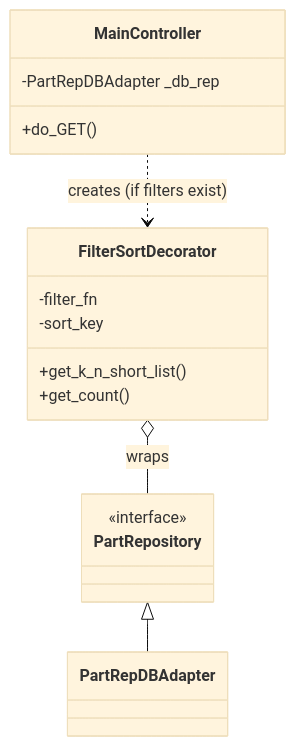
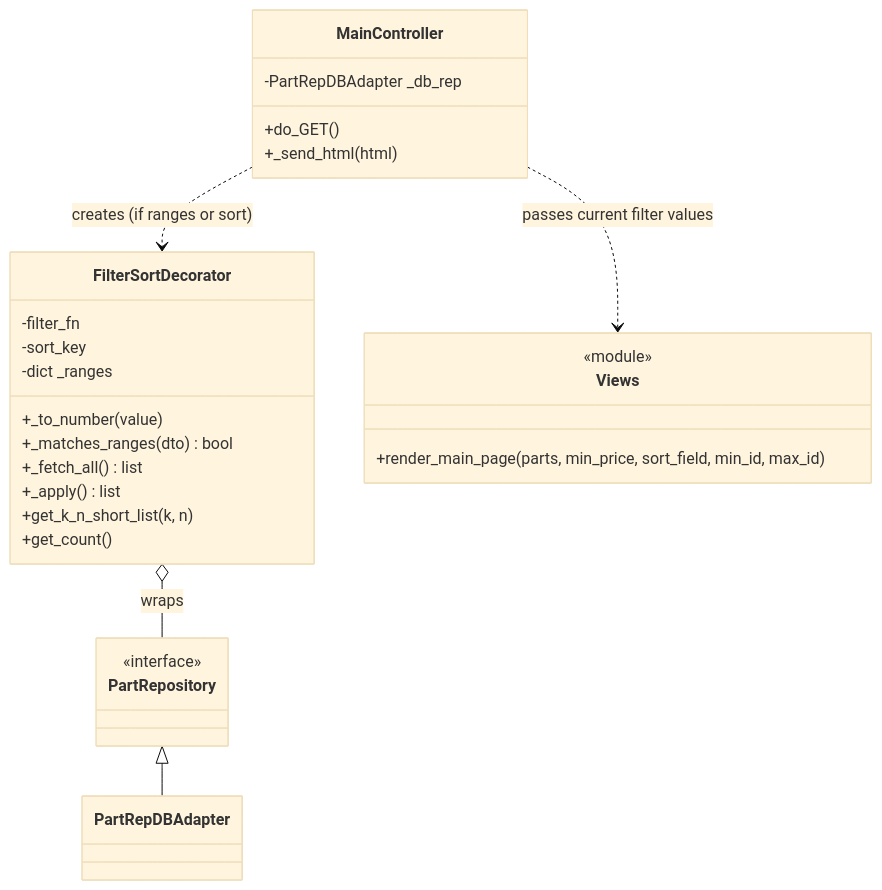
One commit to timxx21/lab2a changed diagram 13 of 21 in README.md. Above: the diagram before and after it, drawn with Mermaid (base theme). The commit also changed other lines of this file, not shown here.

````diff
--- a/README.md
+++ b/README.md
@@ -558,20 +578,31 @@
 ```mermaid
 classDiagram
     class MainController {
         -PartRepDBAdapter _db_rep
         +do_GET()
+        +_send_html(html)
     }
     class FilterSortDecorator {
         -filter_fn
         -sort_key
-        +get_k_n_short_list()
+        -dict _ranges
+        +_to_number(value)
+        +_matches_ranges(dto) bool
+        +_fetch_all() list
+        +_apply() list
+        +get_k_n_short_list(k, n)
         +get_count()
     }
     class PartRepository {
         <<interface>>
     }
-    
-    MainController ..> FilterSortDecorator : creates (if filters exist)
+    class Views {
+        <<module>>
+        +render_main_page(parts, min_price, sort_field, min_id, max_id)
+    }
+
+    MainController ..> FilterSortDecorator : creates (if ranges or sort)
+    MainController ..> Views : passes current filter values
     FilterSortDecorator o-- PartRepository : wraps
     PartRepository <|-- PartRepDBAdapter
 ```
````
